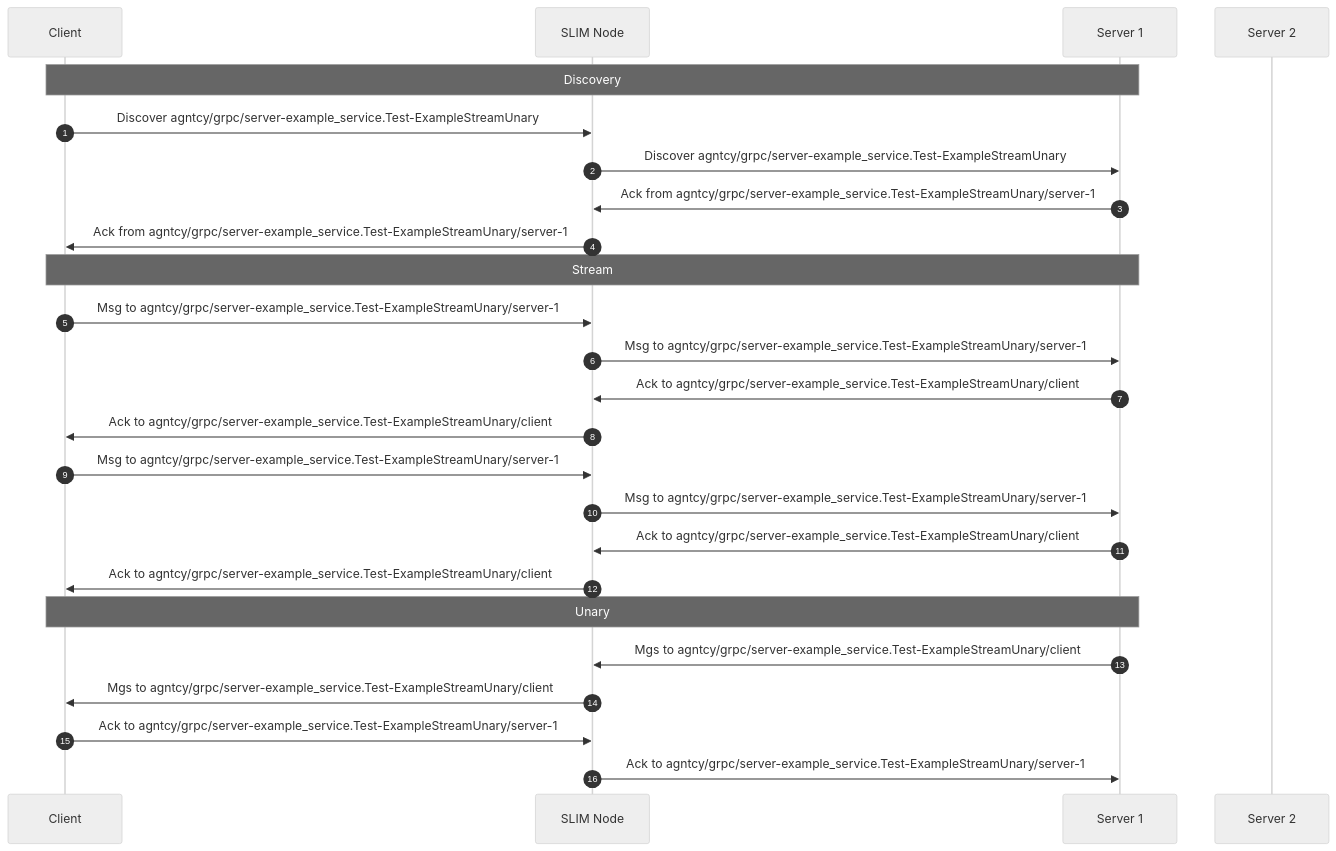
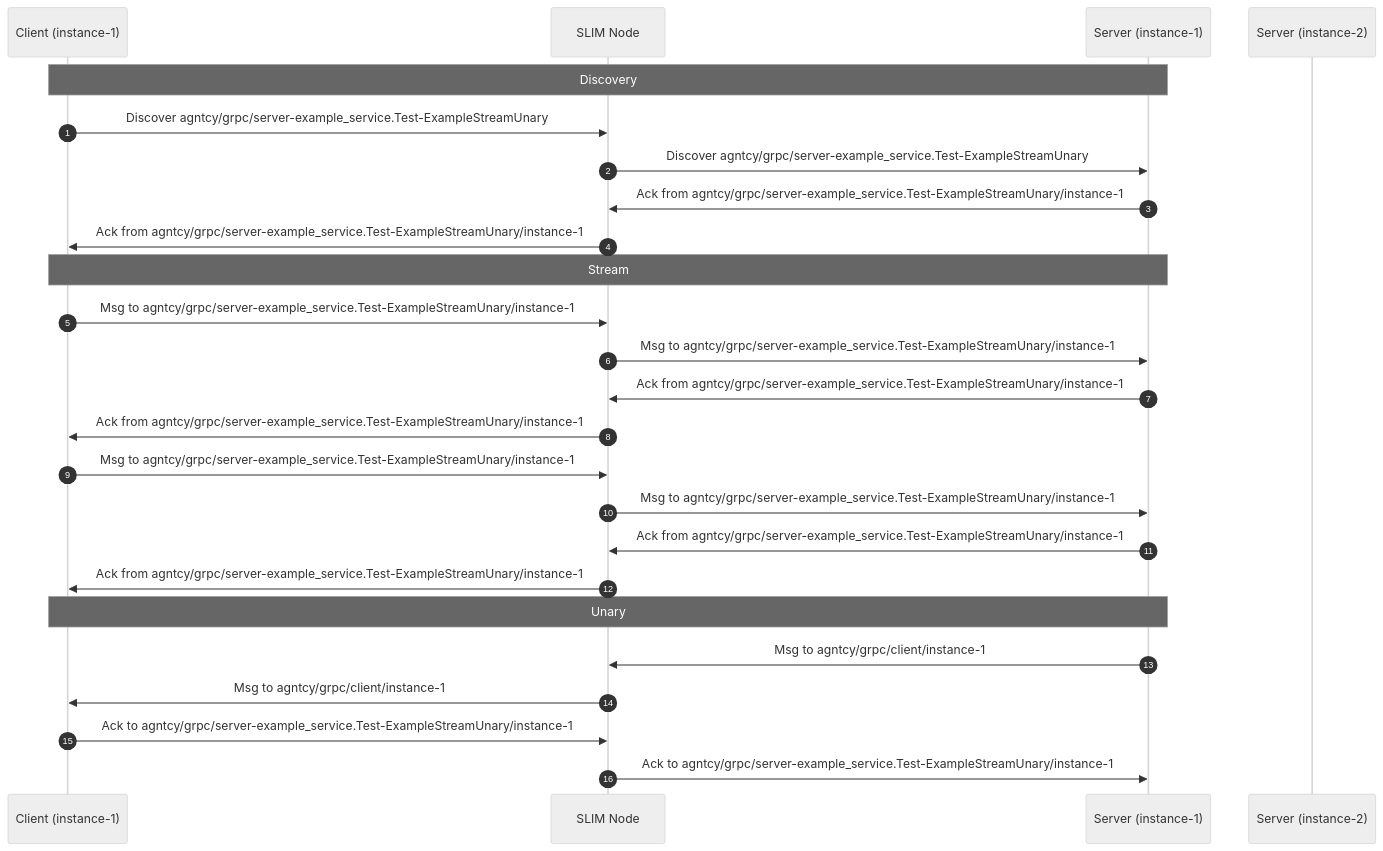
One commit to agntcy/docs changed the diagram in docs/messaging/slim-rpc.md. Above: the diagram before and after it, drawn with Mermaid (neutral theme). The commit also changed other lines of this file and 1 other file, not shown here.

Commit message:
doc(SLIM): fix slimrpc

````diff
--- a/docs/messaging/slim-rpc.md
+++ b/docs/messaging/slim-rpc.md
@@ -381,33 +389,33 @@
 ```mermaid
 sequenceDiagram
     autonumber
 
-    participant Client
+    participant Client (instance-1)
     participant SLIM Node
-    participant Server 1
-    participant Server 2
+    participant Server (instance-1)
+    participant Server (instance-2)
 
 
-    Note over Client,Server 1: Discovery
-    Client->>SLIM Node: Discover agntcy/grpc/server-example_service.Test-ExampleStreamUnary
-    SLIM Node->>Server 1: Discover agntcy/grpc/server-example_service.Test-ExampleStreamUnary
-    Server 1->>SLIM Node: Ack from agntcy/grpc/server-example_service.Test-ExampleStreamUnary/server-1
-    SLIM Node->>Client: Ack from agntcy/grpc/server-example_service.Test-ExampleStreamUnary/server-1
+    Note over Client (instance-1),Server (instance-1): Discovery
+    Client (instance-1)->>SLIM Node: Discover agntcy/grpc/server-example_service.Test-ExampleStreamUnary
+    SLIM Node->>Server (instance-1): Discover agntcy/grpc/server-example_service.Test-ExampleStreamUnary
+    Server (instance-1)->>SLIM Node: Ack from agntcy/grpc/server-example_service.Test-ExampleStreamUnary/instance-1
+    SLIM Node->>Client (instance-1): Ack from agntcy/grpc/server-example_service.Test-ExampleStreamUnary/instance-1
 
-    Note over Client,Server 1: Stream
-    Client->>SLIM Node: Msg to agntcy/grpc/server-example_service.Test-ExampleStreamUnary/server-1
-    SLIM Node->>Server 1: Msg to agntcy/grpc/server-example_service.Test-ExampleStreamUnary/server-1
-    Server 1->>SLIM Node: Ack to agntcy/grpc/server-example_service.Test-ExampleStreamUnary/client
-    SLIM Node->>Client: Ack to agntcy/grpc/server-example_service.Test-ExampleStreamUnary/client
+    Note over Client (instance-1),Server (instance-1): Stream
+    Client (instance-1)->>SLIM Node: Msg to agntcy/grpc/server-example_service.Test-ExampleStreamUnary/instance-1
+    SLIM Node->>Server (instance-1): Msg to agntcy/grpc/server-example_service.Test-ExampleStreamUnary/instance-1
+    Server (instance-1)->>SLIM Node: Ack from agntcy/grpc/server-example_service.Test-ExampleStreamUnary/instance-1
+    SLIM Node->>Client (instance-1): Ack from agntcy/grpc/server-example_service.Test-ExampleStreamUnary/instance-1
 
-    Client->>SLIM Node: Msg to agntcy/grpc/server-example_service.Test-ExampleStreamUnary/server-1
-    SLIM Node->>Server 1: Msg to agntcy/grpc/server-example_service.Test-ExampleStreamUnary/server-1
-    Server 1->>SLIM Node: Ack to agntcy/grpc/server-example_service.Test-ExampleStreamUnary/client
-    SLIM Node->>Client: Ack to agntcy/grpc/server-example_service.Test-ExampleStreamUnary/client
+    Client (instance-1)->>SLIM Node: Msg to agntcy/grpc/server-example_service.Test-ExampleStreamUnary/instance-1
+    SLIM Node->>Server (instance-1): Msg to agntcy/grpc/server-example_service.Test-ExampleStreamUnary/instance-1
+    Server (instance-1)->>SLIM Node: Ack from agntcy/grpc/server-example_service.Test-ExampleStreamUnary/instance-1
+    SLIM Node->>Client (instance-1): Ack from agntcy/grpc/server-example_service.Test-ExampleStreamUnary/instance-1
 
-    Note over Client,Server 1: Unary
-    Server 1->>SLIM Node: Mgs to agntcy/grpc/server-example_service.Test-ExampleStreamUnary/client
-    SLIM Node->>Client: Mgs to agntcy/grpc/server-example_service.Test-ExampleStreamUnary/client
-    Client->>SLIM Node: Ack to agntcy/grpc/server-example_service.Test-ExampleStreamUnary/server-1
-    SLIM Node->>Server 1: Ack to agntcy/grpc/server-example_service.Test-ExampleStreamUnary/server-1
+    Note over Client (instance-1),Server (instance-1): Unary
+    Server (instance-1)->>SLIM Node: Msg to agntcy/grpc/client/instance-1
+    SLIM Node->>Client (instance-1): Msg to agntcy/grpc/client/instance-1
+    Client (instance-1)->>SLIM Node: Ack to agntcy/grpc/server-example_service.Test-ExampleStreamUnary/instance-1
+    SLIM Node->>Server (instance-1): Ack to agntcy/grpc/server-example_service.Test-ExampleStreamUnary/instance-1
 ```
````
